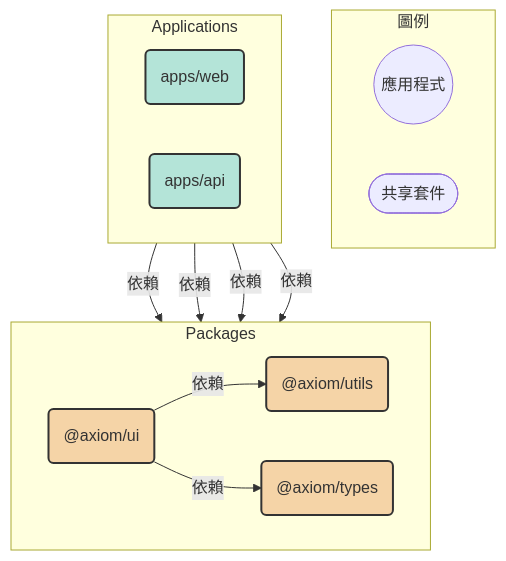
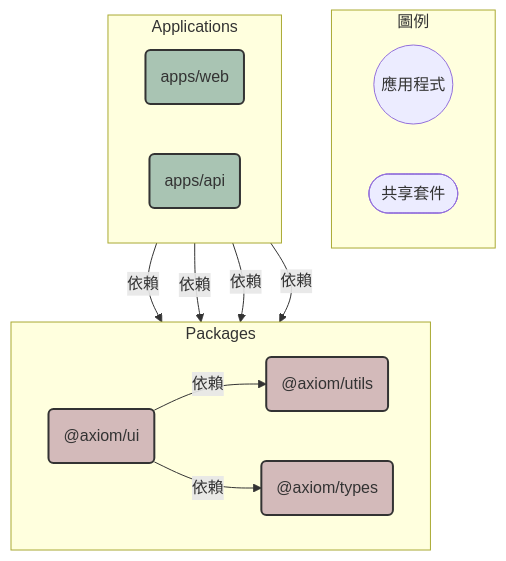
The diagram in README.md (zmax/web-development-scaffold), drawn with Mermaid before and after one commit.

````diff
--- a/README.md
+++ b/README.md
@@ -52,33 +52,34 @@
 ```mermaid
 graph TD
     subgraph legend [圖例]
         direction LR
         app((應用程式))
         pkg([共享套件])
     end
 
     subgraph Applications
         direction LR
         A1("apps/web"):::app
         A2("apps/api"):::app
     end
 
     subgraph Packages
         direction LR
         P1("@axiom/ui"):::pkg
         P2("@axiom/utils"):::pkg
         P3("@axiom/types"):::pkg
     end
 
     A1 -- "依賴" --> P1
     A1 -- "依賴" --> P2
     A1 -- "依賴" --> P3
 
     A2 -- "依賴" --> P3
 
     P1 -- "依賴" --> P2
     P1 -- "依賴" --> P3
 
-    classDef app fill:#B4E4D8,stroke:#333,stroke-width:2px;
-    classDef pkg fill:#F5D4A7,stroke:#333,stroke-width:2px;
+    %% 定義節點樣式：選用低飽和度的莫蘭迪色系，並確保文字顏色 #333 以維持對比度
+    classDef app fill:#a9c4b3,stroke:#333,stroke-width:2px,color:#333;
+    classDef pkg fill:#d3baba,stroke:#333,stroke-width:2px,color:#333;
 ```
````
